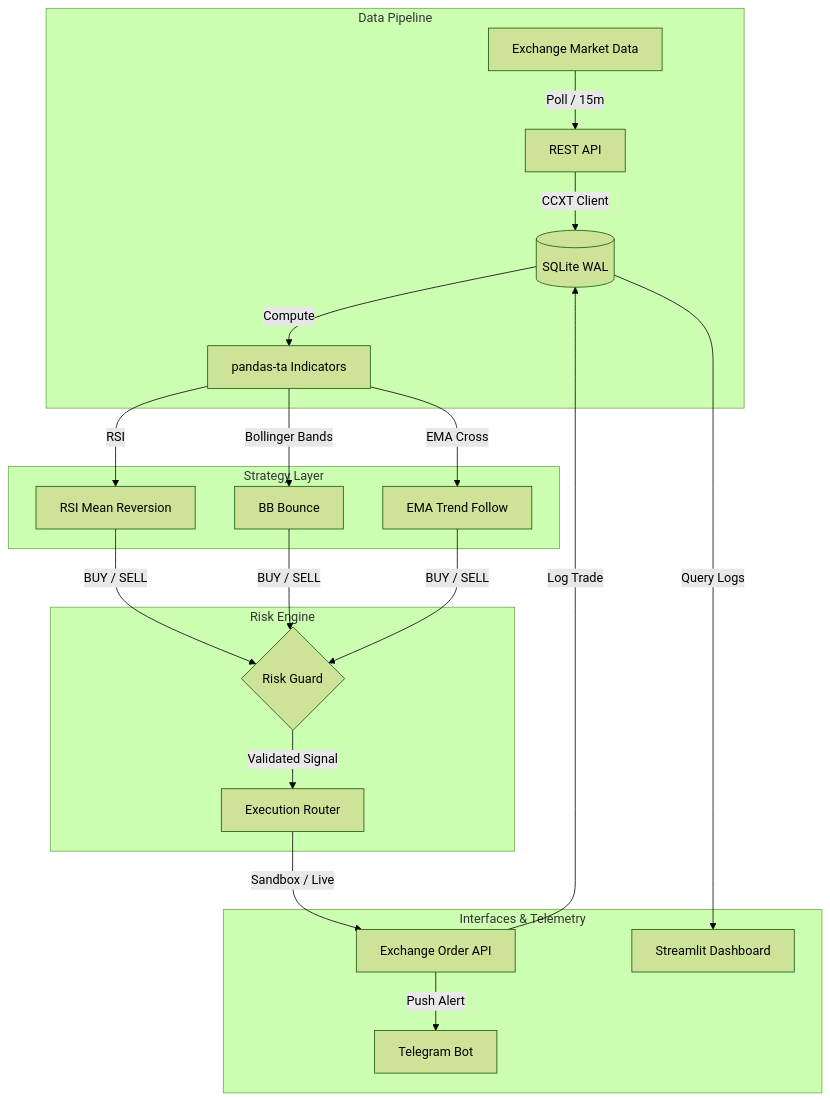
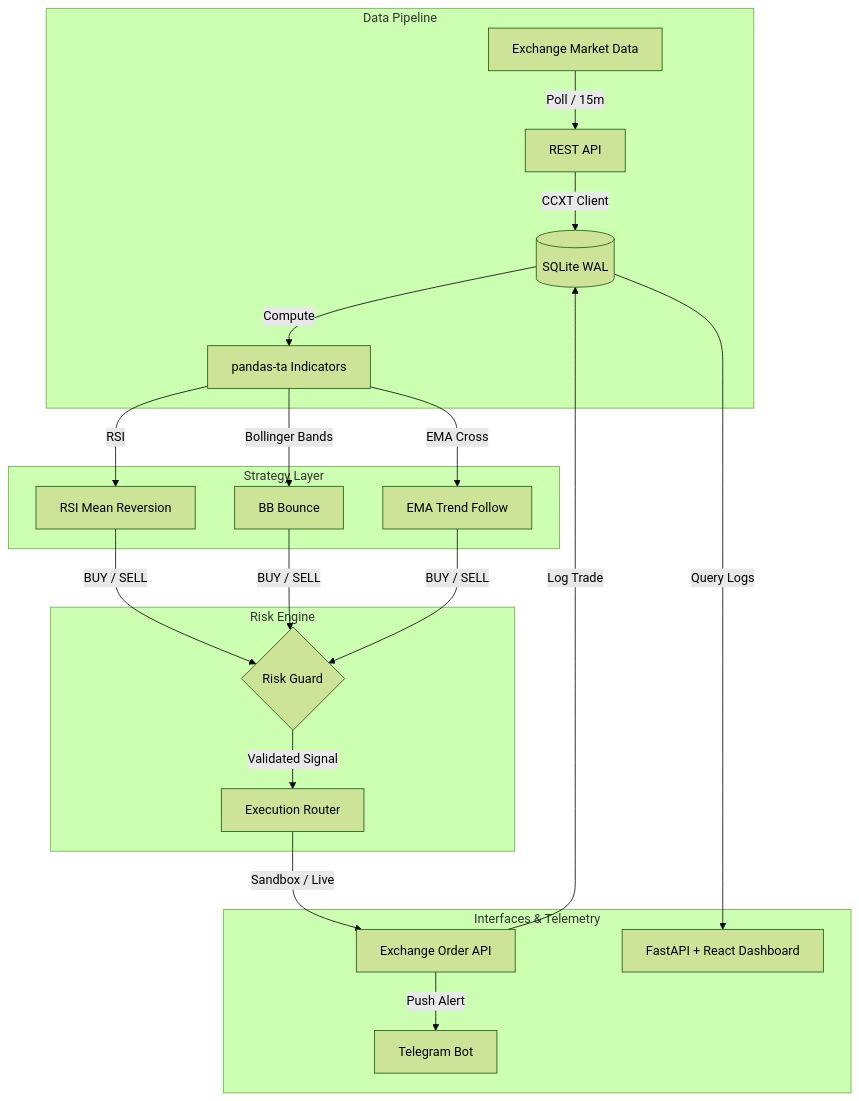
Before and after one commit to Ashborn-047/one-guard: the diagram in README.md, drawn with Mermaid (forest theme). The commit also changed other lines of this file and 26 other files, not shown here.

Commit message:
feat: transition dashboard to FastAPI + React, build unified launcher, and update README.md

````diff
--- a/README.md
+++ b/README.md
@@ -11,28 +51,28 @@
 ```mermaid
 graph TD
     subgraph Ingestion [Data Pipeline]
         MKT[Exchange Market Data] -->|Poll / 15m| REST[REST API]
         REST -->|CCXT Client| DB_WRITE[(SQLite WAL)]
         DB_WRITE -->|Compute| IND[pandas-ta Indicators]
     end
 
     subgraph Strategies [Strategy Layer]
         IND -->|RSI| STRA[RSI Mean Reversion]
         IND -->|Bollinger Bands| STRB[BB Bounce]
         IND -->|EMA Cross| STRC[EMA Trend Follow]
     end
 
     subgraph Defense [Risk Engine]
         STRA -->|BUY / SELL| RISK{Risk Guard}
         STRB -->|BUY / SELL| RISK
         STRC -->|BUY / SELL| RISK
         RISK -->|Validated Signal| EXEC[Execution Router]
     end
 
     subgraph Output [Interfaces & Telemetry]
         EXEC -->|Sandbox / Live| EX_API[Exchange Order API]
         EX_API -->|Log Trade| DB_WRITE
-        DB_WRITE -->|Query Logs| DASH[Streamlit Dashboard]
+        DB_WRITE -->|Query Logs| DASH[FastAPI + React Dashboard]
         EX_API -->|Push Alert| TG[Telegram Bot]
     end
 ```
````
